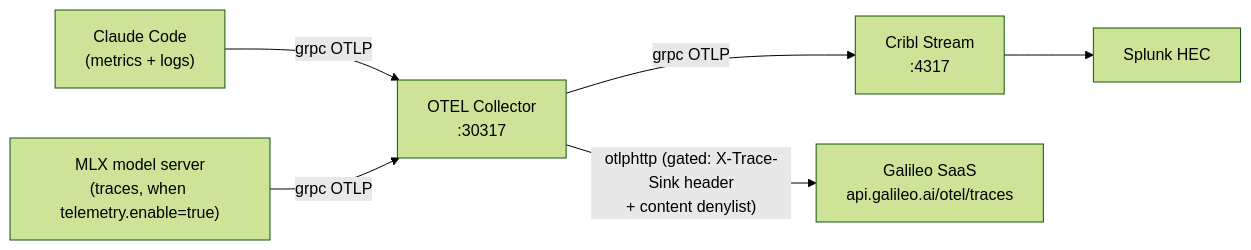
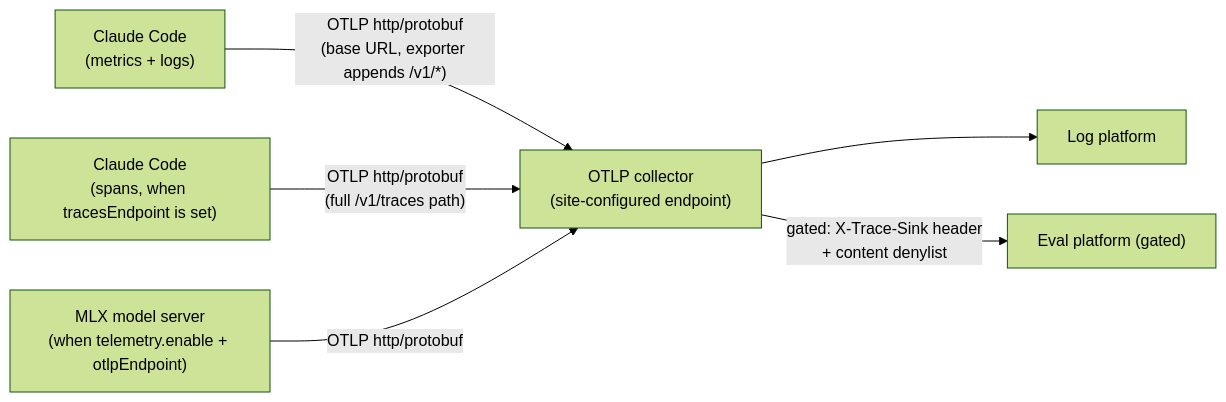
Before and after one commit to dryvist/nix-ai: the third of 4 diagrams in docs/architecture/system-integration-map.md, drawn with Mermaid (forest theme). The commit also changed other lines of this file and 9 other files, not shown here.

First line of the commit message:
fix(telemetry): export OTLP over http/protobuf and require an endpoint (#1801)

````diff
--- a/docs/architecture/system-integration-map.md
+++ b/docs/architecture/system-integration-map.md
@@ -125,15 +130,15 @@
 ```mermaid
 graph LR
     CC["Claude Code\n(metrics + logs)"]
-    MLX["MLX model server\n(traces, when telemetry.enable=true)"]
-    OTEL["OTEL Collector\n:30317"]
-    CRIBL["Cribl Stream\n:4317"]
-    SPLUNK["Splunk HEC"]
-    GAL["Galileo SaaS\napi.galileo.ai/otel/traces"]
+    CCT["Claude Code\n(spans, when tracesEndpoint is set)"]
+    MLX["MLX model server\n(when telemetry.enable + otlpEndpoint)"]
+    OTEL["OTLP collector\n(site-configured endpoint)"]
+    LOGS["Log platform"]
+    EVAL["Eval platform (gated)"]
 
-    CC -->|grpc OTLP| OTEL
-    MLX -->|grpc OTLP| OTEL
-    OTEL -->|grpc OTLP| CRIBL
-    CRIBL --> SPLUNK
-    OTEL -->|"otlphttp (gated: X-Trace-Sink header\n+ content denylist)"| GAL
+    CC -->|"OTLP http/protobuf\n(base URL, exporter appends /v1/*)"| OTEL
+    CCT -->|"OTLP http/protobuf\n(full /v1/traces path)"| OTEL
+    MLX -->|OTLP http/protobuf| OTEL
+    OTEL --> LOGS
+    OTEL -->|"gated: X-Trace-Sink header\n+ content denylist"| EVAL
 ```
````
